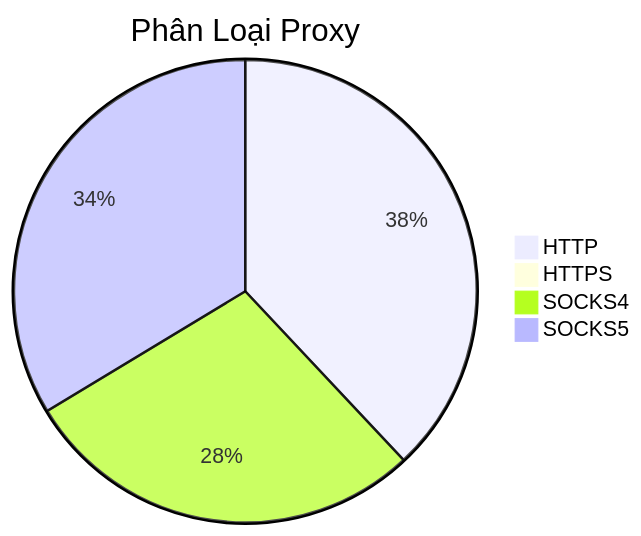
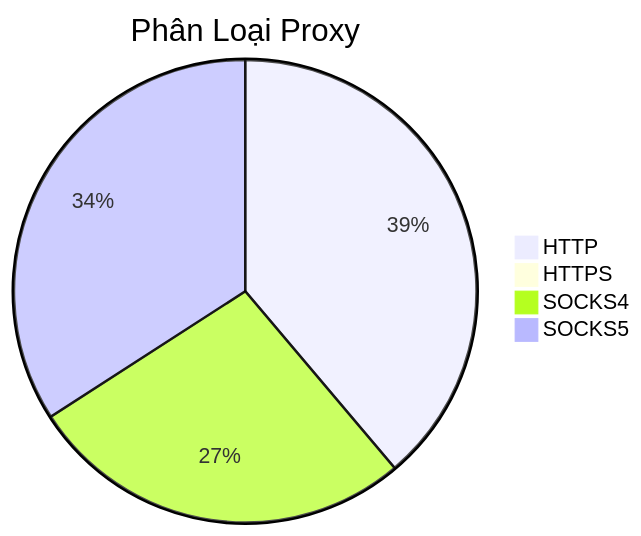
Before and after one commit to Ciara-12/PROXY-free: the diagram in README.md, drawn with Mermaid. The commit also changed other lines of this file and 4 other files, not shown here.

````diff
--- a/README.md
+++ b/README.md
@@ -26,7 +26,7 @@
 ```mermaid
 pie title Phân Loại Proxy
-    "HTTP" : 358
-    "HTTPS" : 0
-    "SOCKS4" : 267
-    "SOCKS5" : 317
+    "HTTP" : 445
+    "HTTPS" : 1
+    "SOCKS4" : 310
+    "SOCKS5" : 391
 ```
````
